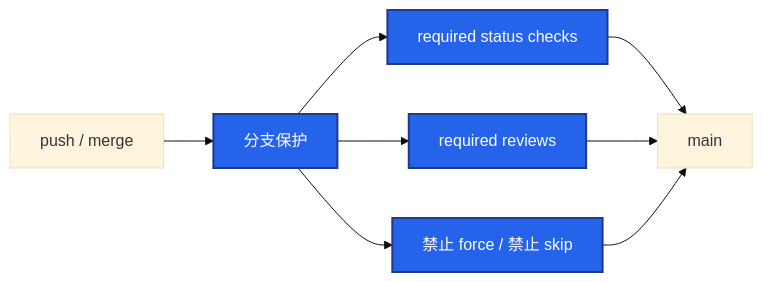
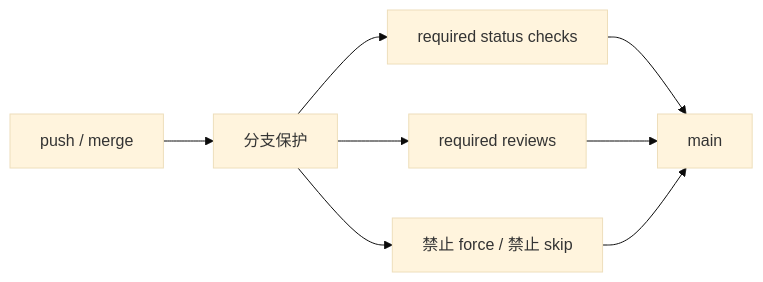
The fifth of 7 diagrams in 04-工程化与自动化/01-Git工作流/知识点.md (ml-cuizijun/LearnToLilith), drawn with Mermaid (base theme) before and after one commit. The commit also changed other lines of this file and 470 other files, not shown here.

````diff
--- a/04-工程化与自动化/01-Git工作流/知识点.md
+++ b/04-工程化与自动化/01-Git工作流/知识点.md
@@ -423,13 +407,12 @@
 ```mermaid
 flowchart LR
     push[push / merge] --> prot[分支保护]
     prot --> ci[required status checks]
     prot --> rv[required reviews]
     prot --> nf[禁止 force / 禁止 skip]
     ci --> main[main]
     rv --> main
     nf --> main
 
-    classDef a fill:#2563EB,stroke:#1E3A8A,stroke-width:2px,color:#fff
     class prot,ci,rv,nf a
 ```
````
